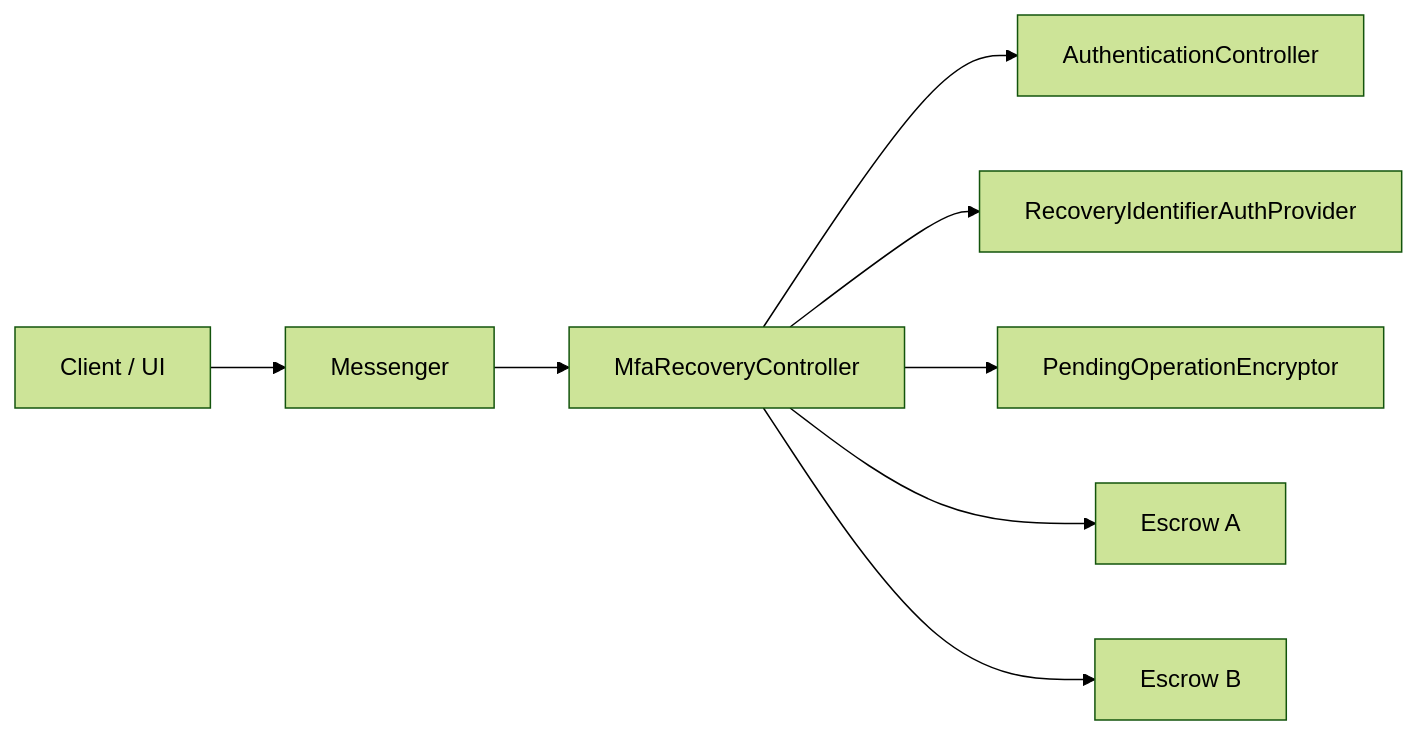
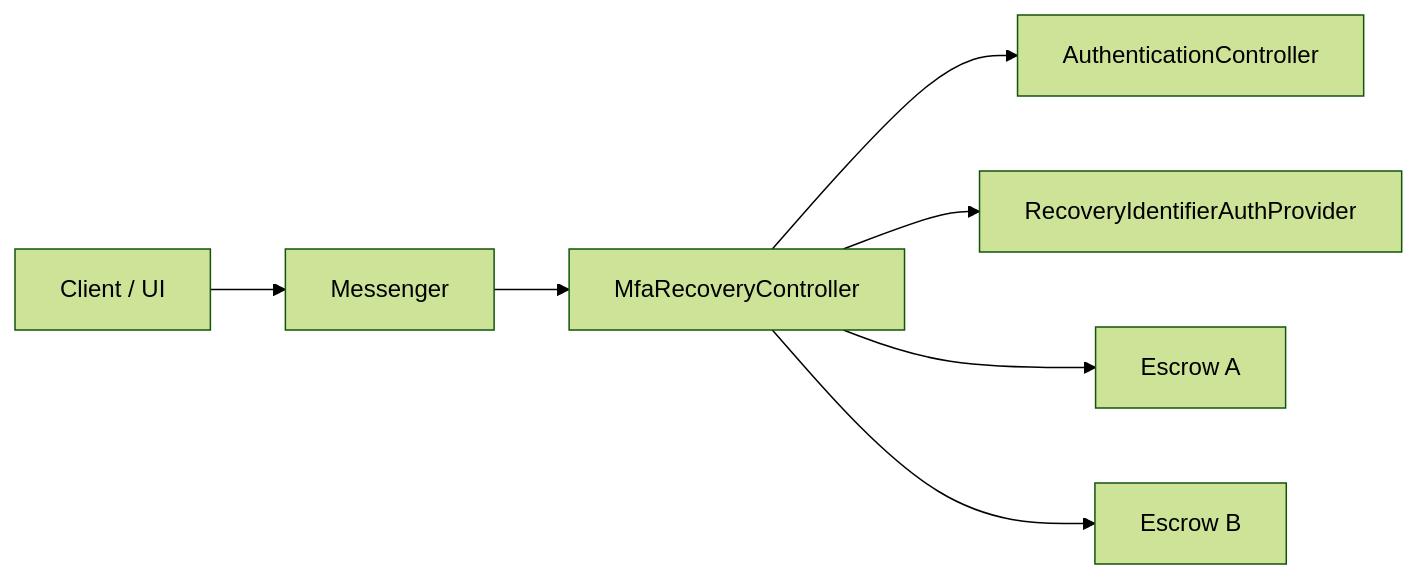
The first of 5 diagrams in packages/mfa-recovery-controller/ARCHITECTURE.md (MetaMask/core), drawn with Mermaid (forest theme) before and after one commit. The commit also changed other lines of this file and 14 other files, not shown here.

````diff
--- a/packages/mfa-recovery-controller/ARCHITECTURE.md
+++ b/packages/mfa-recovery-controller/ARCHITECTURE.md
@@ -14,19 +14,17 @@
 ```mermaid
 flowchart LR
   Client["Client / UI"]
   Messenger["Messenger"]
   Ctrl["MfaRecoveryController"]
   Auth["AuthenticationController"]
   IdP["RecoveryIdentifierAuthProvider"]
-  Enc["PendingOperationEncryptor"]
   EA["Escrow A"]
   EB["Escrow B"]
 
   Client --> Messenger
   Messenger --> Ctrl
   Ctrl --> Auth
   Ctrl --> IdP
-  Ctrl --> Enc
   Ctrl --> EA
   Ctrl --> EB
 ```
````
